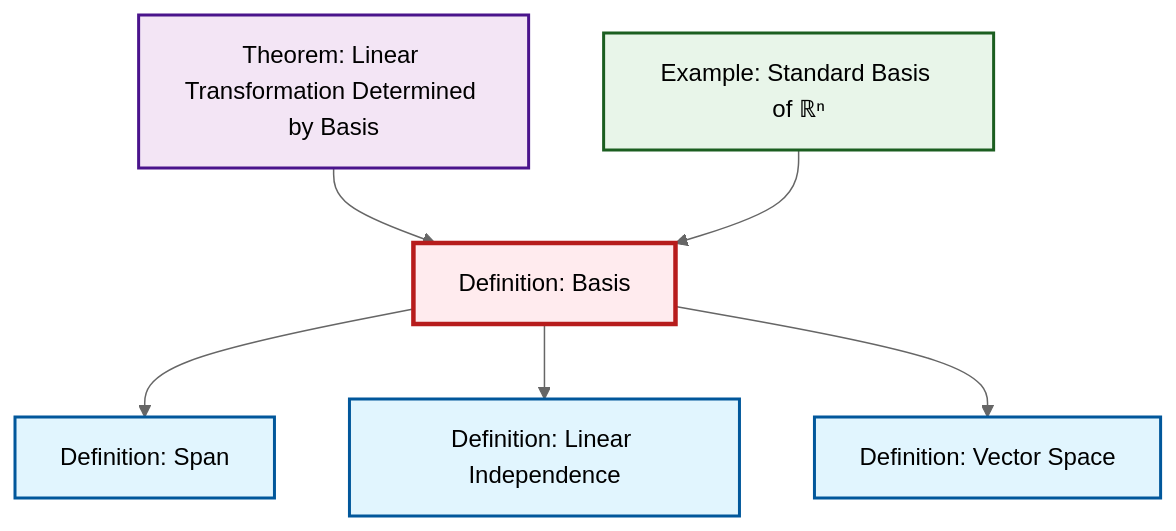
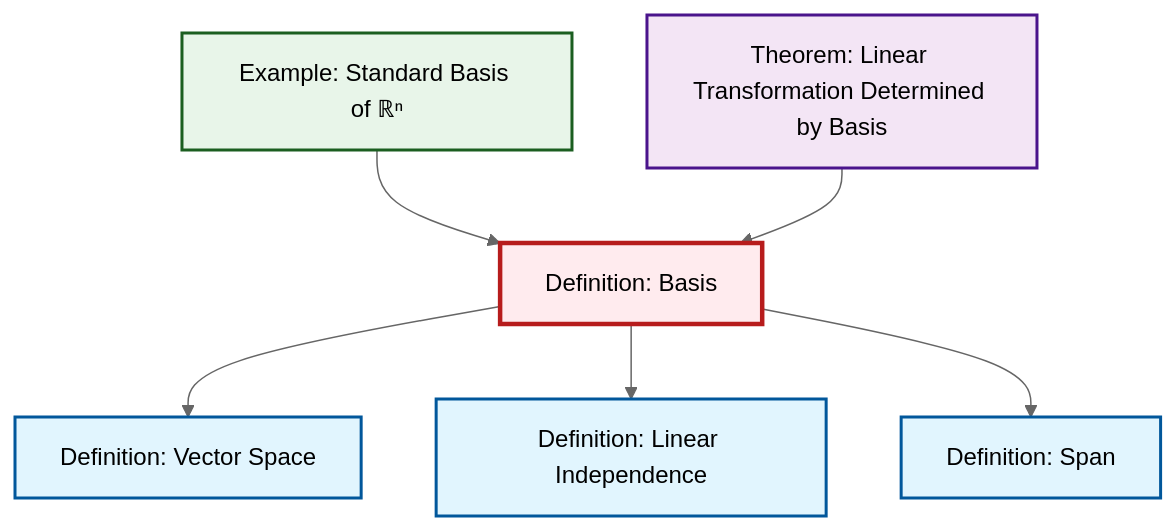
Before and after one commit to RK0429/ModernMath: the diagram in content/ja/algebra/def-basis.qmd, drawn with Mermaid (neutral theme). The commit also changed other lines of this file and 619 other files, not shown here.

````diff
--- a/content/ja/algebra/def-basis.qmd
+++ b/content/ja/algebra/def-basis.qmd
@@ -56,26 +56,26 @@
 ```{mermaid}
 %%| fig-cap: "Local dependency graph"
 graph TD
     classDef definition fill:#e1f5fe,stroke:#01579b,stroke-width:2px
     classDef theorem fill:#f3e5f5,stroke:#4a148c,stroke-width:2px
     classDef axiom fill:#fff3e0,stroke:#e65100,stroke-width:2px
     classDef example fill:#e8f5e9,stroke:#1b5e20,stroke-width:2px
     classDef current fill:#ffebee,stroke:#b71c1c,stroke-width:3px
     thm-linear-transformation-basis["Theorem: Linear Transformation Determined by Basis"]:::theorem
     def-span["Definition: Span"]:::definition
-    def-vector-space["Definition: Vector Space"]:::definition
+    def-linear-independence["Definition: Linear Independence"]:::definition
     ex-standard-basis-rn["Example: Standard Basis of ℝⁿ"]:::example
     def-basis["Definition: Basis"]:::definition
-    def-linear-independence["Definition: Linear Independence"]:::definition
+    def-vector-space["Definition: Vector Space"]:::definition
+    ex-standard-basis-rn --> def-basis
+    def-basis --> def-vector-space
     thm-linear-transformation-basis --> def-basis
+    def-basis --> def-linear-independence
     def-basis --> def-span
-    ex-standard-basis-rn --> def-basis
-    def-basis --> def-linear-independence
-    def-basis --> def-vector-space
     class def-basis current
     click thm-linear-transformation-basis "thm-linear-transformation-basis.html" "Theorem: Linear Transformation Determined by Basisへ"
     click def-span "def-span.html" "Definition: Spanへ"
+    click def-linear-independence "def-linear-independence.html" "Definition: Linear Independenceへ"
+    click ex-standard-basis-rn "ex-standard-basis-rn.html" "Example: Standard Basis of ℝⁿへ"
     click def-vector-space "def-vector-space.html" "Definition: Vector Spaceへ"
-    click ex-standard-basis-rn "ex-standard-basis-rn.html" "Example: Standard Basis of ℝⁿへ"
-    click def-linear-independence "def-linear-independence.html" "Definition: Linear Independenceへ"
 ```
````
